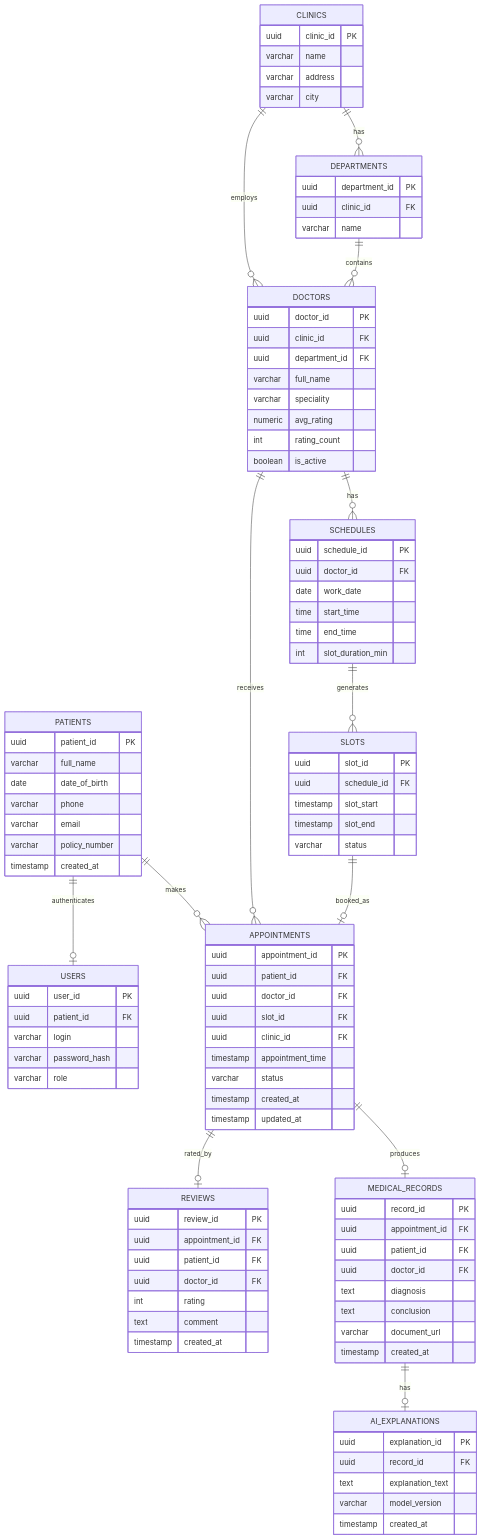
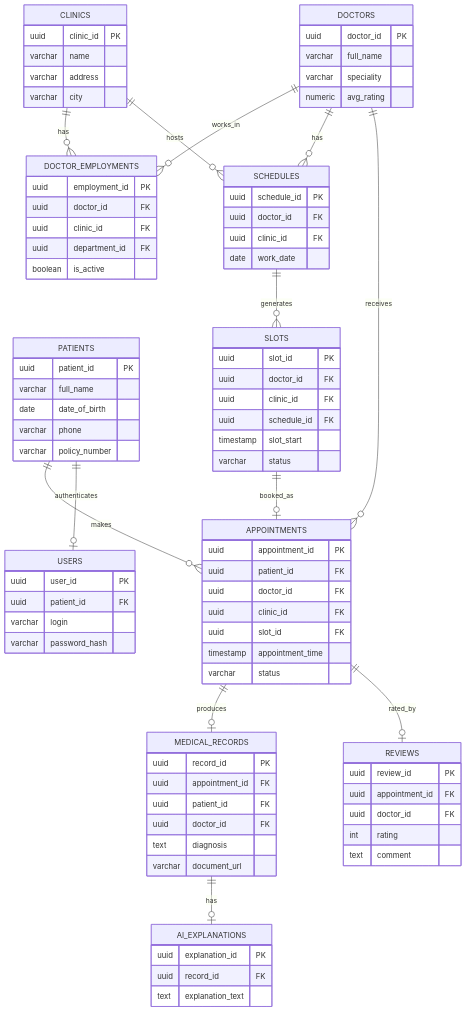
One commit to jmark1518/highload_2026 changed the diagram in README.md. Above: the diagram before and after it, drawn with Mermaid.

```diff
--- a/README.md
+++ b/README.md
@@ -323,19 +323,19 @@
         varchar full_name
         date date_of_birth
         varchar phone
-        varchar email
         varchar policy_number
-        timestamp created_at
+    }
+    USERS {
+        uuid user_id PK
+        uuid patient_id FK
+        varchar login
+        varchar password_hash
     }
     DOCTORS {
         uuid doctor_id PK
-        uuid clinic_id FK
-        uuid department_id FK
         varchar full_name
         varchar speciality
         numeric avg_rating
-        int rating_count
-        boolean is_active
     }
     CLINICS {
         uuid clinic_id PK
@@ -343,36 +343,35 @@
         varchar address
         varchar city
     }
-    DEPARTMENTS {
-        uuid department_id PK
+    DOCTOR_EMPLOYMENTS {
+        uuid employment_id PK
+        uuid doctor_id FK
         uuid clinic_id FK
-        varchar name
+        uuid department_id FK
+        boolean is_active
     }
     SCHEDULES {
         uuid schedule_id PK
         uuid doctor_id FK
+        uuid clinic_id FK
         date work_date
-        time start_time
-        time end_time
-        int slot_duration_min
     }
     SLOTS {
         uuid slot_id PK
+        uuid doctor_id FK
+        uuid clinic_id FK
         uuid schedule_id FK
         timestamp slot_start
-        timestamp slot_end
         varchar status
     }
     APPOINTMENTS {
         uuid appointment_id PK
         uuid patient_id FK
         uuid doctor_id FK
+        uuid clinic_id FK
         uuid slot_id FK
-        uuid clinic_id FK
         timestamp appointment_time
         varchar status
-        timestamp created_at
-        timestamp updated_at
     }
     MEDICAL_RECORDS {
         uuid record_id PK
@@ -380,38 +379,25 @@
         uuid patient_id FK
         uuid doctor_id FK
         text diagnosis
-        text conclusion
         varchar document_url
-        timestamp created_at
     }
     AI_EXPLANATIONS {
         uuid explanation_id PK
         uuid record_id FK
         text explanation_text
-        varchar model_version
-        timestamp created_at
     }
     REVIEWS {
         uuid review_id PK
         uuid appointment_id FK
-        uuid patient_id FK
         uuid doctor_id FK
         int rating
         text comment
-        timestamp created_at
-    }
-    USERS {
-        uuid user_id PK
-        uuid patient_id FK
-        varchar login
-        varchar password_hash
-        varchar role
     }
 
-    CLINICS ||--o{ DEPARTMENTS : has
-    CLINICS ||--o{ DOCTORS : employs
-    DEPARTMENTS ||--o{ DOCTORS : contains
+    CLINICS ||--o{ DOCTOR_EMPLOYMENTS : has
+    DOCTORS ||--o{ DOCTOR_EMPLOYMENTS : works_in
     DOCTORS ||--o{ SCHEDULES : has
+    CLINICS ||--o{ SCHEDULES : hosts
     SCHEDULES ||--o{ SLOTS : generates
     SLOTS ||--o| APPOINTMENTS : booked_as
     PATIENTS ||--o{ APPOINTMENTS : makes
```
